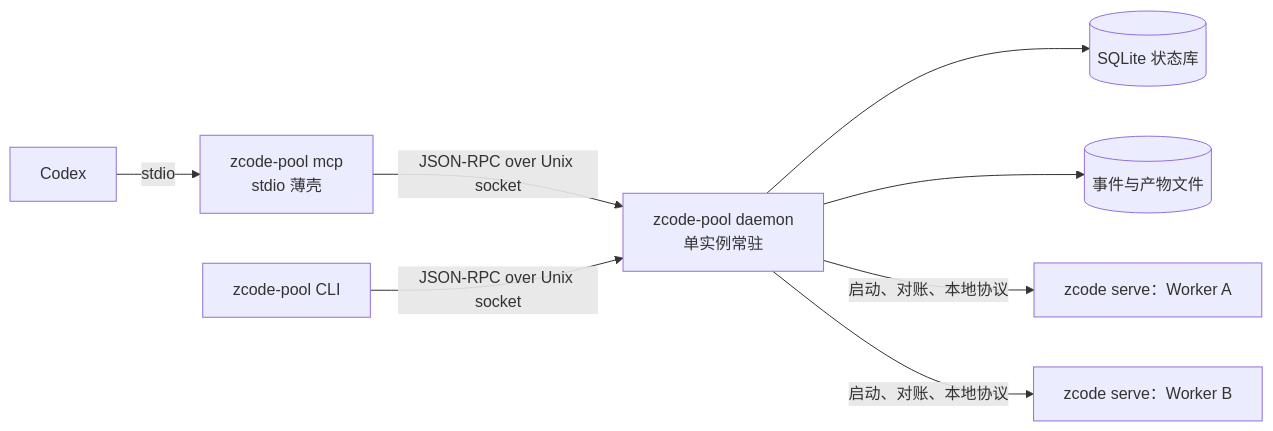
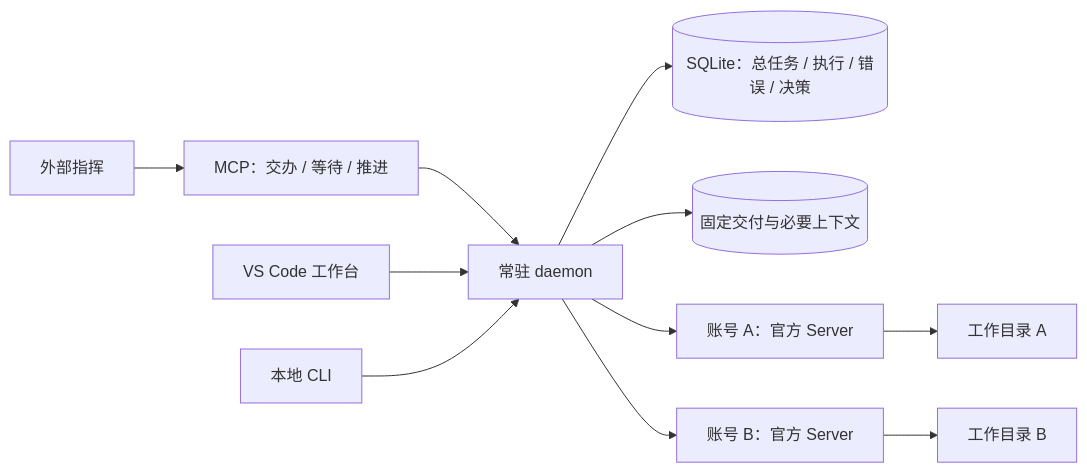
The diagram in docs/design/architecture.md (hi-zgl/codex_zcode), drawn with Mermaid before and after one commit. The commit also changed other lines of this file and 120 other files, not shown here.

````diff
--- a/docs/design/architecture.md
+++ b/docs/design/architecture.md
@@ -33,19 +7,13 @@
 ```mermaid
 flowchart LR
-    Codex[Codex]
-    MCP[zcode-pool mcp<br/>stdio 薄壳]
-    CLI[zcode-pool CLI]
-    Daemon[zcode-pool daemon<br/>单实例常驻]
-    DB[(SQLite 状态库)]
-    Events[(事件与产物文件)]
-    SA[zcode serve：Worker A]
-    SB[zcode serve：Worker B]
-
-    Codex -->|stdio| MCP
-    MCP -->|JSON-RPC over Unix socket| Daemon
-    CLI -->|JSON-RPC over Unix socket| Daemon
-    Daemon --> DB
-    Daemon --> Events
-    Daemon -->|启动、对账、本地协议| SA
-    Daemon -->|启动、对账、本地协议| SB
+  Commander[外部指挥] --> MCP[MCP：交办 / 等待 / 推进]
+  MCP --> Daemon[常驻 daemon]
+  UI[VS Code 工作台] --> Daemon
+  CLI[本地 CLI] --> Daemon
+  Daemon --> DB[(SQLite：总任务 / 执行 / 错误 / 决策)]
+  Daemon --> Artifacts[(固定交付与必要上下文)]
+  Daemon --> A[账号 A：官方 Server]
+  Daemon --> B[账号 B：官方 Server]
+  A --> WA[工作目录 A]
+  B --> WB[工作目录 B]
 ```
````
